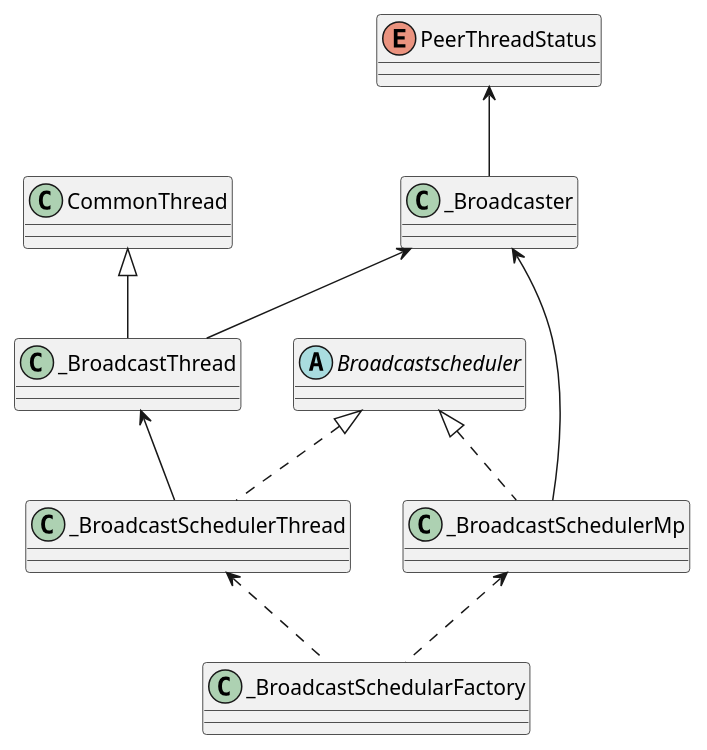
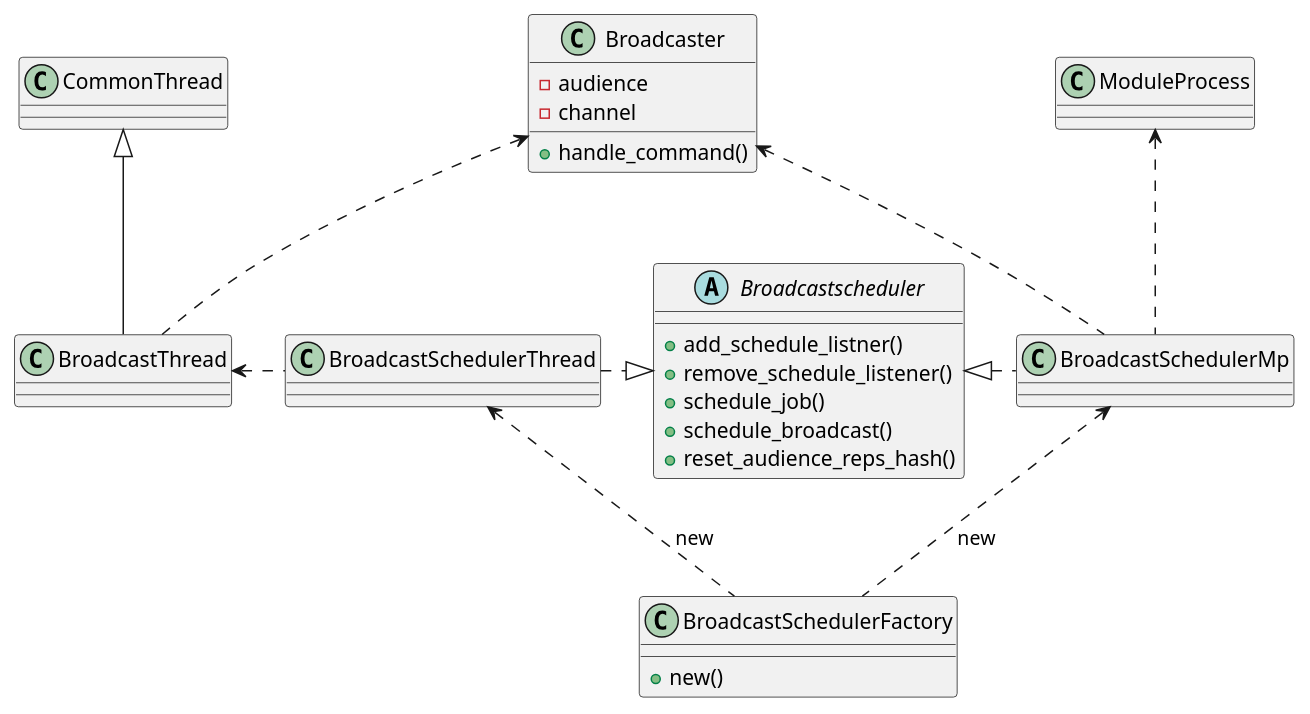
One commit to metalg0su/studies changed the diagram in diagrams/broadcaster.puml. Above: the diagram before and after it, drawn with PlantUML. The commit also changed 1 other file, not shown here.

Commit message:
broadcaster

```diff
--- a/diagrams/broadcaster.puml
+++ b/diagrams/broadcaster.puml
@@ -1,26 +1,58 @@
 @startuml
 '----- Declaration
-enum "PeerThreadStatus" as status
-class "_Broadcaster" as _bc
-abstract class "Broadcastscheduler" as bc_scheduler
-class "_BroadcastThread" as _bc_thread
-class "_BroadcastSchedulerThread" as _bc_scheduler_thread
-class "_BroadcastSchedulerMp" as _bc_scheduler_mp
-class "_BroadcastSchedularFactory" as _bc_factory
+'etc
 class "CommonThread" as common_thread
+class "ModuleProcess" as module_process
+
+'broadcasters
+class "Broadcaster" as bc {
+    - audience
+    - channel
+
+    + handle_command()
+}
+
+abstract class "Broadcastscheduler" as bc_scheduler {
+    + add_schedule_listner()
+    + remove_schedule_listener()
+    + schedule_job()
+    + schedule_broadcast()
+    + reset_audience_reps_hash()
+}
+
+class "BroadcastThread" as bc_thread {
+}
+
+class "BroadcastSchedulerThread" as bc_scheduler_thread {
+}
+
+class "BroadcastSchedulerMp" as bc_scheduler_mp {
+}
+
+class "BroadcastSchedulerFactory" as bc_factory {
+    + new()
+}
+
 
 
 '----- Relations
-common_thread <|-- _bc_thread
+'Additional
+common_thread <|-- bc_thread
 
-status <-- _bc
-_bc <-- _bc_scheduler_mp
-_bc <-- _bc_thread
+'broadcast_scheduler
+bc_scheduler <|. bc_scheduler_mp
+bc_scheduler_thread .|> bc_scheduler
 
-_bc_thread <-- _bc_scheduler_thread
-bc_scheduler <|.. _bc_scheduler_mp
-bc_scheduler <|.. _bc_scheduler_thread
+'factory
+bc_scheduler_thread <.. bc_factory: new
+bc_scheduler_mp <.. bc_factory: new
 
-_bc_scheduler_mp <.. _bc_factory
-_bc_scheduler_thread <.. _bc_factory
+'Thread
+bc_thread <. bc_scheduler_thread
+bc <.. bc_thread
+
+'Process
+bc <. bc_scheduler_mp
+module_process <.. bc_scheduler_mp
+
 @enduml
```
